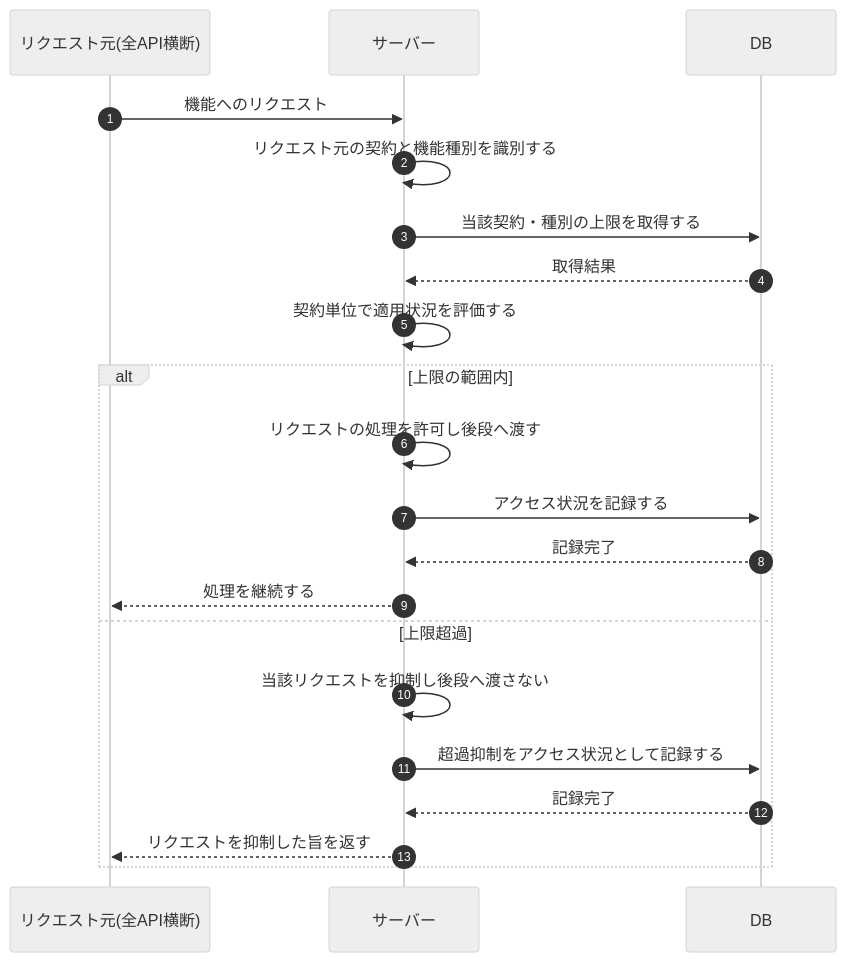
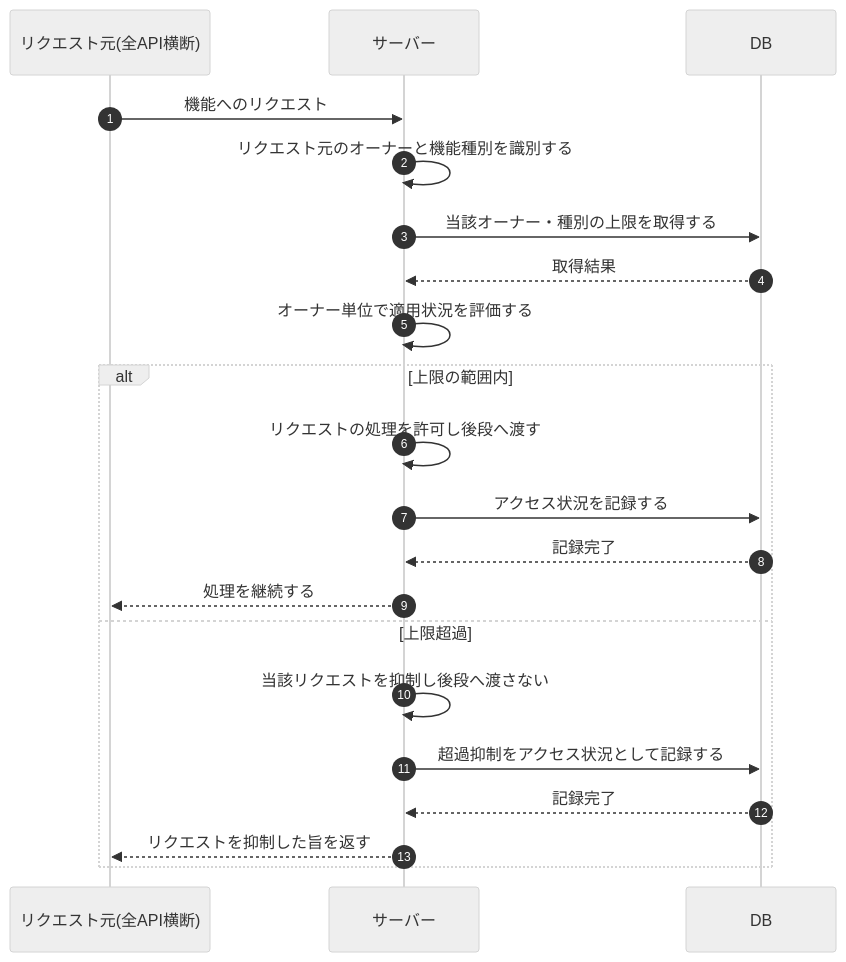
One commit to sikakou54/open-faq changed the diagram in 02_basic_design/03_sequences/SEQ-117.md. Above: the diagram before and after it, drawn with Mermaid (neutral theme). The commit also changed other lines of this file and 294 other files, not shown here.

````diff
--- a/02_basic_design/03_sequences/SEQ-117.md
+++ b/02_basic_design/03_sequences/SEQ-117.md
@@ -24,23 +24,23 @@
 ```mermaid
 sequenceDiagram
   autonumber
   participant Caller as リクエスト元(全API横断)
   participant Server as サーバー
   participant DB as DB
   Caller->>Server: 機能へのリクエスト
-  Server->>Server: リクエスト元の契約と機能種別を識別する
-  Server->>DB: 当該契約・種別の上限を取得する
+  Server->>Server: リクエスト元のオーナーと機能種別を識別する
+  Server->>DB: 当該オーナー・種別の上限を取得する
   DB-->>Server: 取得結果
-  Server->>Server: 契約単位で適用状況を評価する
+  Server->>Server: オーナー単位で適用状況を評価する
   alt 上限の範囲内
     Server->>Server: リクエストの処理を許可し後段へ渡す
     Server->>DB: アクセス状況を記録する
     DB-->>Server: 記録完了
     Server-->>Caller: 処理を継続する
   else 上限超過
     Server->>Server: 当該リクエストを抑制し後段へ渡さない
     Server->>DB: 超過抑制をアクセス状況として記録する
     DB-->>Server: 記録完了
     Server-->>Caller: リクエストを抑制した旨を返す
   end
 ```
````
